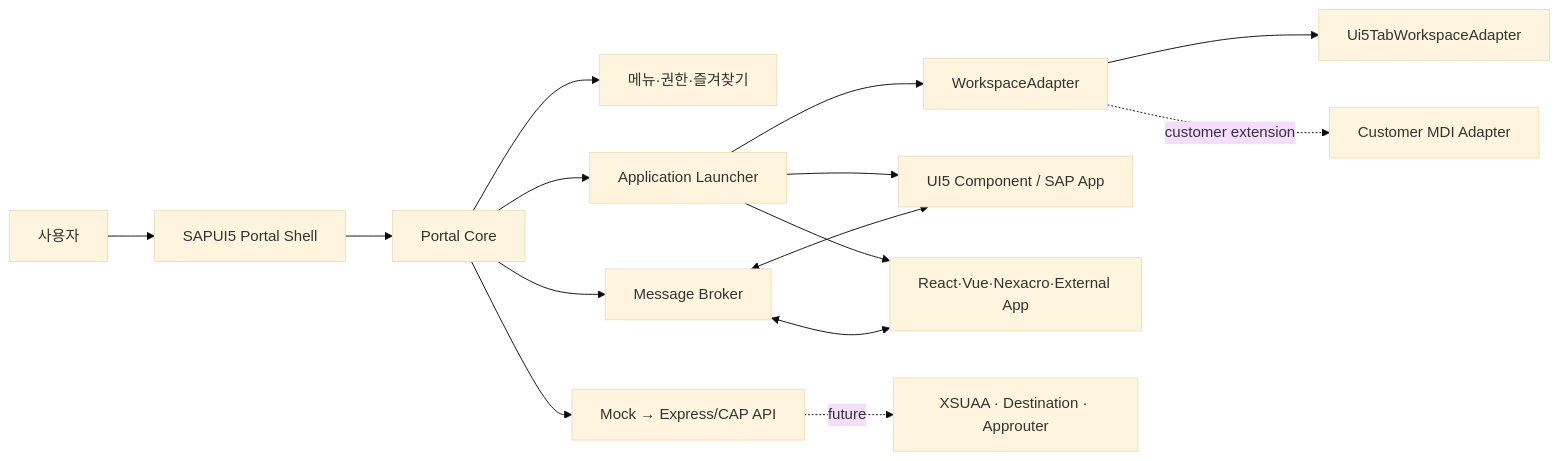
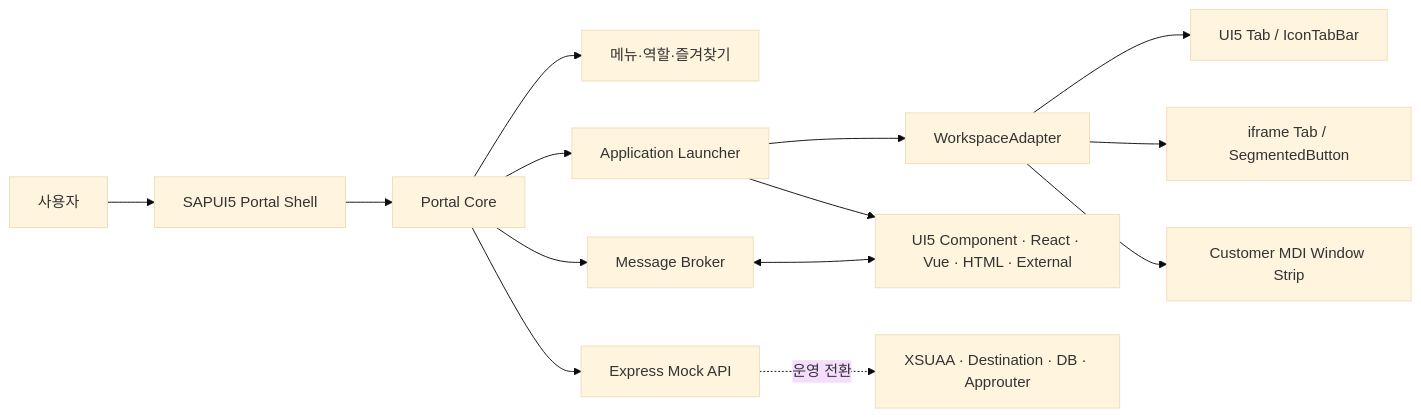
One commit to LIM-AIT/ui5-enterprise-portal-poc changed the diagram in docs/concept-design.md. Above: the diagram before and after it, drawn with Mermaid (base theme). The commit also changed other lines of this file and 9 other files, not shown here.

````diff
--- a/docs/concept-design.md
+++ b/docs/concept-design.md
@@ -22,17 +20,16 @@
 ```mermaid
 flowchart LR
   User[사용자] --> Shell[SAPUI5 Portal Shell]
   Shell --> Core[Portal Core]
-  Core --> Menu[메뉴·권한·즐겨찾기]
+  Core --> Menu[메뉴·역할·즐겨찾기]
   Core --> Launcher[Application Launcher]
   Core --> Broker[Message Broker]
   Launcher --> Adapter[WorkspaceAdapter]
-  Adapter --> UI5Tabs[Ui5TabWorkspaceAdapter]
-  Adapter -. customer extension .-> MDI[Customer MDI Adapter]
-  Launcher --> SAP[UI5 Component / SAP App]
-  Launcher --> NonSAP[React·Vue·Nexacro·External App]
-  Broker <--> SAP
-  Broker <--> NonSAP
-  Core --> API[Mock → Express/CAP API]
-  API -. future .-> Security[XSUAA · Destination · Approuter]
+  Adapter --> Ui5[UI5 Tab / IconTabBar]
+  Adapter --> Frame[iframe Tab / SegmentedButton]
+  Adapter --> Custom[Customer MDI Window Strip]
+  Launcher --> Apps[UI5 Component · React · Vue · HTML · External]
+  Broker <--> Apps
+  Core --> API[Express Mock API]
+  API -. 운영 전환 .-> BTP[XSUAA · Destination · DB · Approuter]
 ```
````
